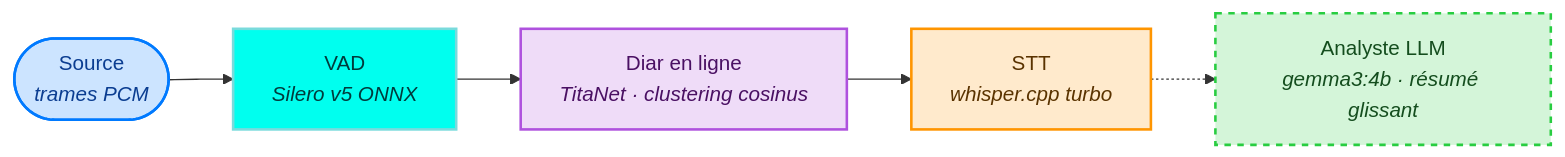
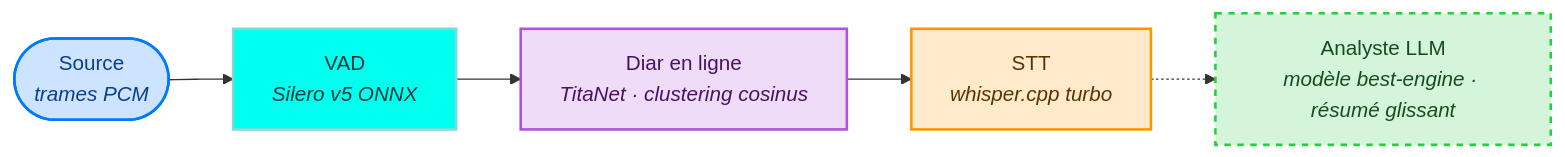
Before and after one commit to warith-harchaoui/vocal-helper: the first of 2 diagrams in LISEZMOI.md, drawn with Mermaid. The commit also changed other lines of this file and 16 other files, not shown here.

First line of the commit message:
Route rolling summariser + EOT through best-engine engine contract

````diff
--- a/LISEZMOI.md
+++ b/LISEZMOI.md
@@ -38,14 +38,14 @@
 ```mermaid
 flowchart LR
     S([Source<br/><i>trames PCM</i>]):::source
       --> V[VAD<br/><i>Silero v5 ONNX</i>]:::vad
       --> D[Diar en ligne<br/><i>TitaNet · clustering cosinus</i>]:::diar
       --> A[STT<br/><i>whisper.cpp turbo</i>]:::asr
-      -.-> L[Analyste LLM<br/><i>gemma3:4b · résumé glissant</i>]:::llm
+      -.-> L[Analyste LLM<br/><i>modèle best-engine · résumé glissant</i>]:::llm
 
     classDef source fill:#CCE4FF,stroke:#007AFF,stroke-width:2px,color:#0b3d91
     classDef vad    fill:#00ffef,stroke:#79dbdc,stroke-width:2px,color:#003b3c
     classDef diar   fill:#EFDCF8,stroke:#AF52DE,stroke-width:2px,color:#4a1063
     classDef asr    fill:#FFEACC,stroke:#FF9500,stroke-width:2px,color:#5a3300
     classDef llm    fill:#D4F5D9,stroke:#28CD41,stroke-width:2px,color:#144d1e,stroke-dasharray: 5 5
 ```
````
